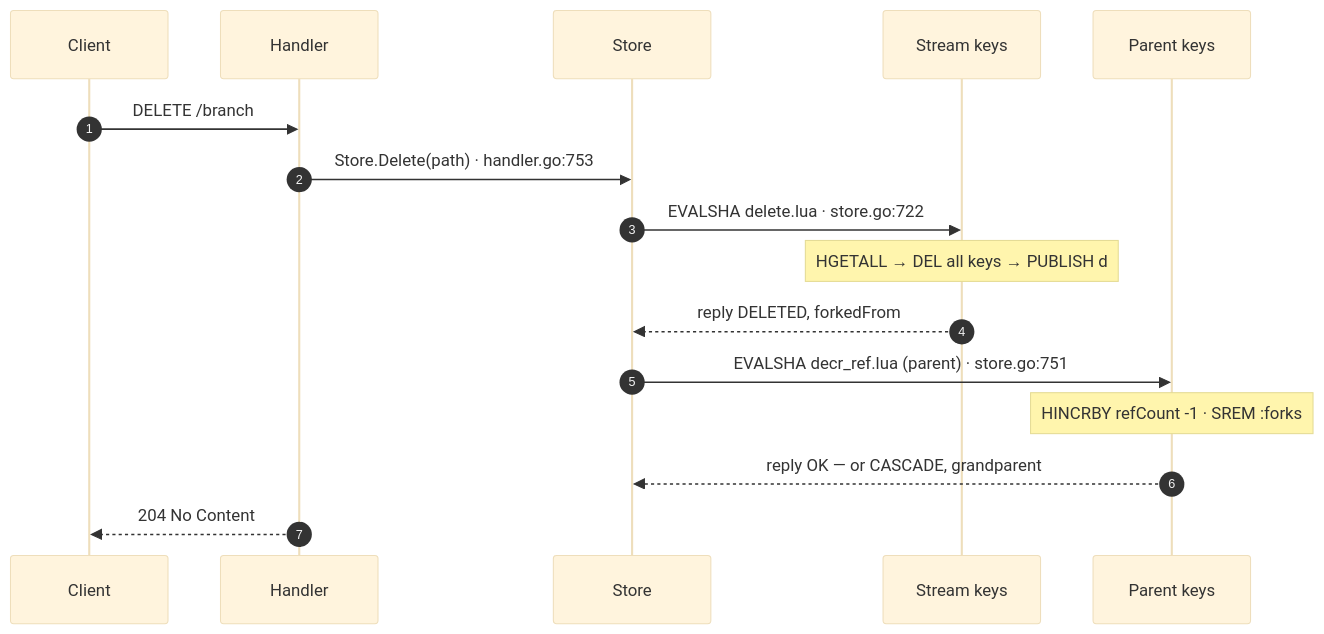
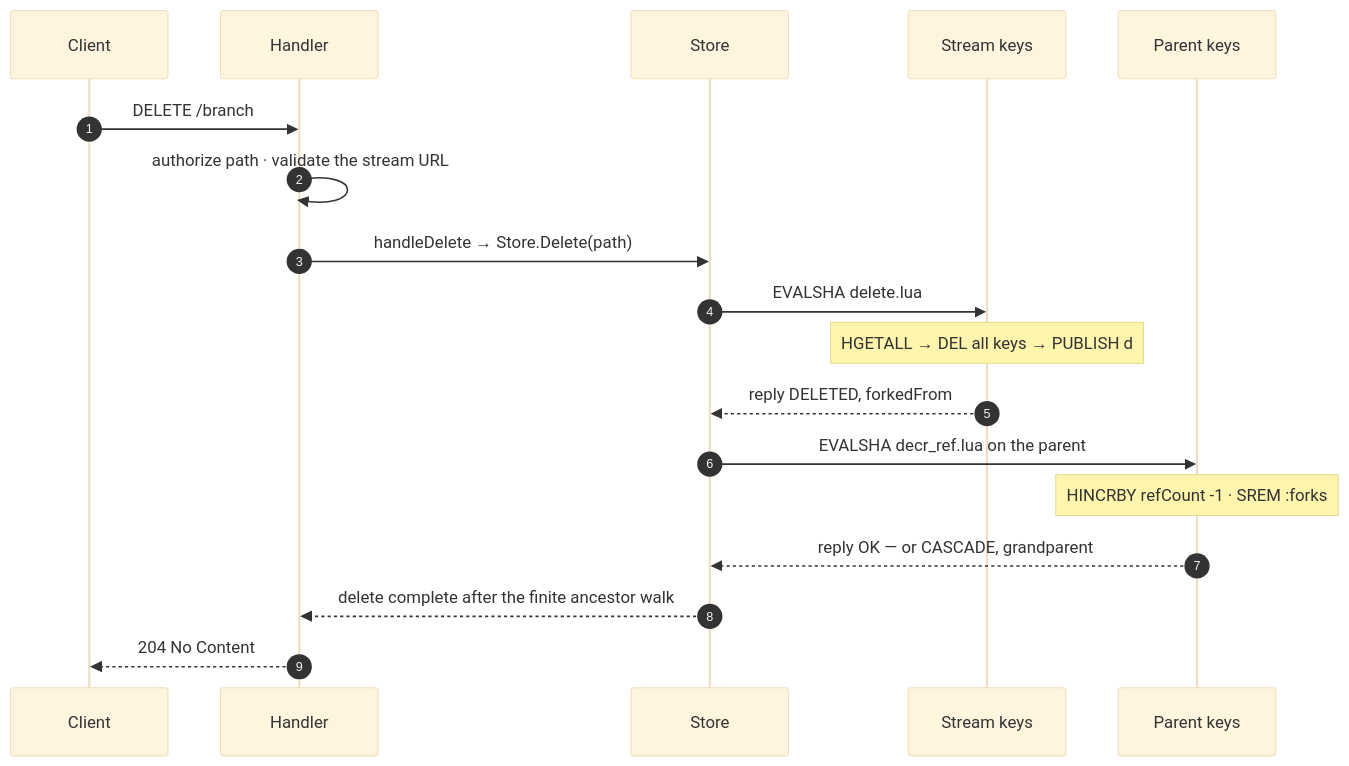
Before and after one commit to adityavkk/chronicle: the diagram in docs-site/diagrams/seq-delete.mmd, drawn with Mermaid (base theme). The commit also changed 35 other files, not shown here.

```diff
--- a/docs-site/diagrams/seq-delete.mmd
+++ b/docs-site/diagrams/seq-delete.mmd
@@ -1,16 +1,18 @@
 sequenceDiagram
     autonumber
     participant C as Client
     participant H as Handler
     participant S as Store
     participant St as Stream keys
     participant P as Parent keys
     C->>H: DELETE /branch
-    H->>S: Store.Delete(path) · handler.go:753
-    S->>St: EVALSHA delete.lua · store.go:722
+    H->>H: authorize path · validate the stream URL
+    H->>S: handleDelete → Store.Delete(path)
+    S->>St: EVALSHA delete.lua
     Note over St: HGETALL → DEL all keys → PUBLISH d
     St-->>S: reply DELETED, forkedFrom
-    S->>P: EVALSHA decr_ref.lua (parent) · store.go:751
+    S->>P: EVALSHA decr_ref.lua on the parent
     Note over P: HINCRBY refCount -1 · SREM :forks
     P-->>S: reply OK — or CASCADE, grandparent
+    S-->>H: delete complete after the finite ancestor walk
     H-->>C: 204 No Content
```
